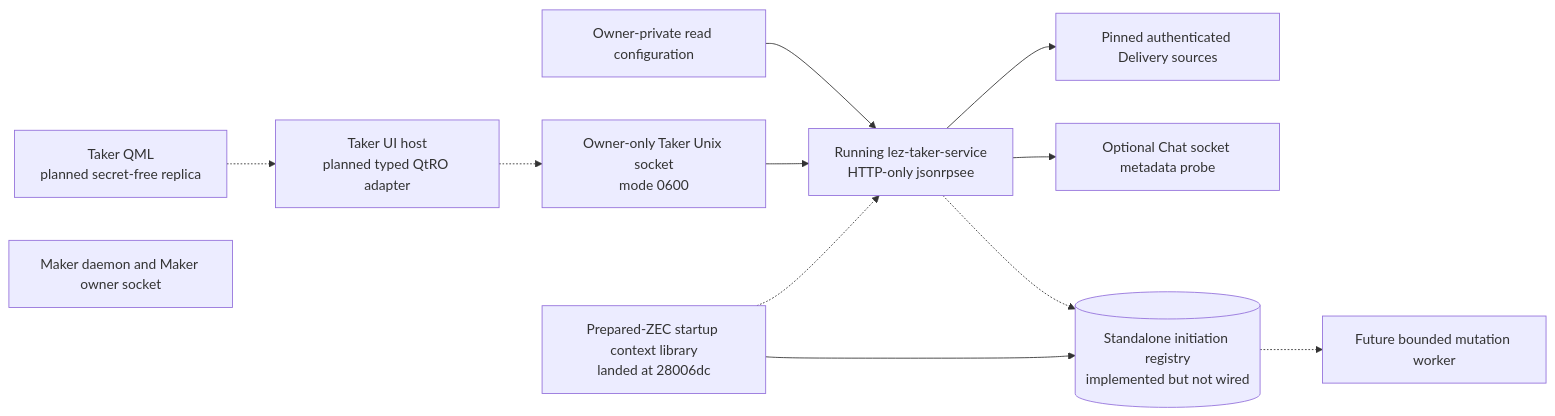
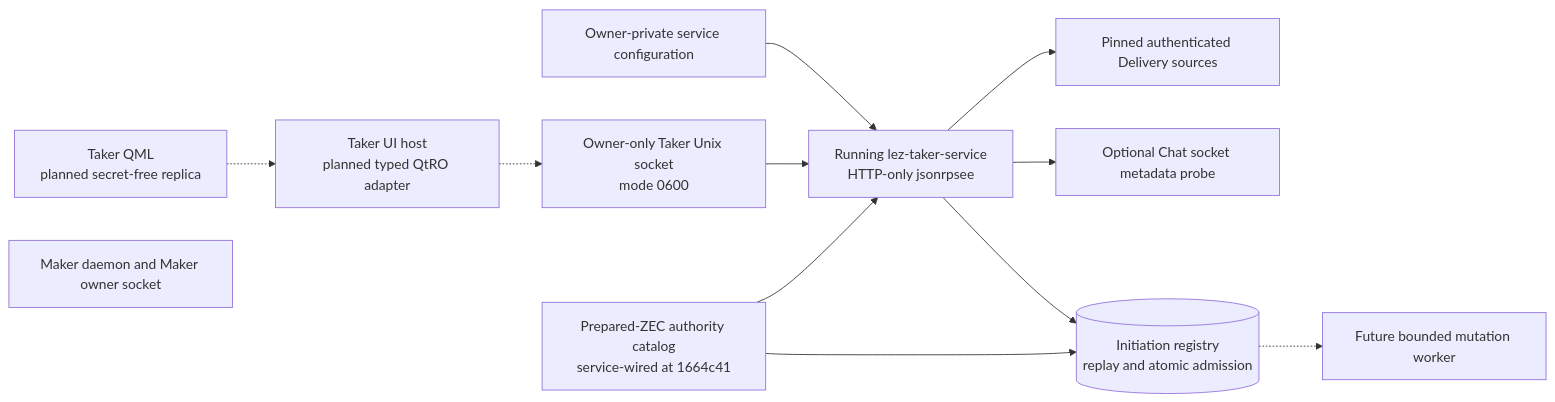
The first of 3 diagrams in docs/architecture/0131-isolate-taker-facade-on-owner-service.md (gateway-fm/lez-atomic-swaps), drawn with Mermaid before and after one commit. The commit also changed other lines of this file and 12 other files, not shown here.

Commit message:
docs(m6): explain replay-first service admission

````diff
--- a/docs/architecture/0131-isolate-taker-facade-on-owner-service.md
+++ b/docs/architecture/0131-isolate-taker-facade-on-owner-service.md
@@ -50,25 +50,25 @@
 ```mermaid
 flowchart LR
     Qml["Taker QML<br/>planned secret-free replica"]
     Host["Taker UI host<br/>planned typed QtRO adapter"]
-    Config["Owner-private read configuration"]
+    Config["Owner-private service configuration"]
     Socket["Owner-only Taker Unix socket<br/>mode 0600"]
     Service["Running lez-taker-service<br/>HTTP-only jsonrpsee"]
     Delivery["Pinned authenticated Delivery sources"]
     Chat["Optional Chat socket metadata probe"]
-    Prepared["Prepared-ZEC startup context library<br/>landed at 28006dc"]
-    Registry[("Standalone initiation registry<br/>implemented but not wired")]
+    Prepared["Prepared-ZEC authority catalog<br/>service-wired at 1664c41"]
+    Registry[("Initiation registry<br/>replay and atomic admission")]
     Worker["Future bounded mutation worker"]
     Maker["Maker daemon and Maker owner socket"]
 
     Qml -.-> Host
     Host -.-> Socket
     Config --> Service
     Socket --> Service
     Service --> Delivery
     Service --> Chat
-    Prepared -.-> Service
+    Prepared --> Service
     Prepared --> Registry
-    Service -.-> Registry
+    Service --> Registry
     Registry -.-> Worker
 ```
````
